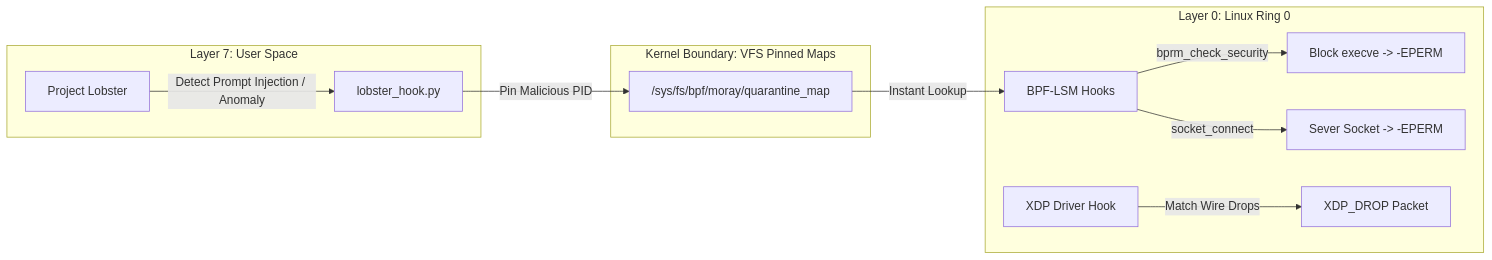
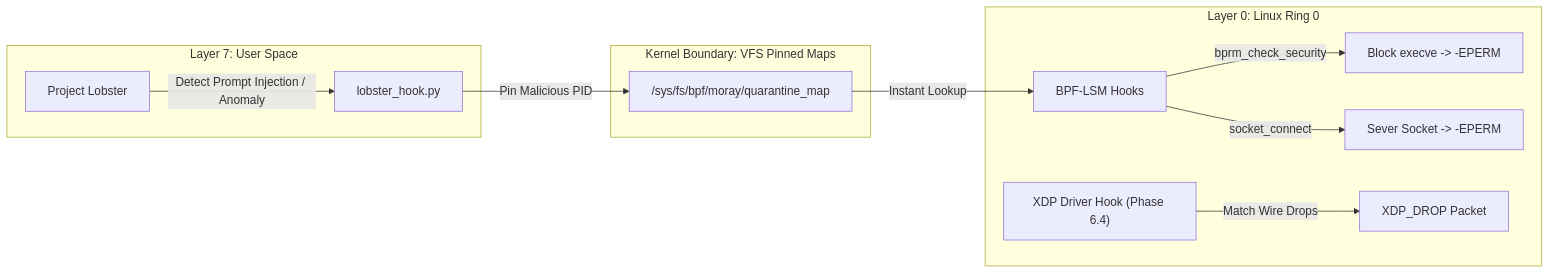
One commit to codebyangelo/project-moray changed the diagram in README.md. Above: the diagram before and after it, drawn with Mermaid. The commit also changed other lines of this file and 3 other files, not shown here.

````diff
--- a/README.md
+++ b/README.md
@@ -17,17 +17,17 @@
 ```mermaid
 graph LR
     subgraph Layer 7: User Space
         L[Project Lobster] -->|Detect Prompt Injection / Anomaly| B[lobster_hook.py]
     end
 
     subgraph Kernel Boundary: VFS Pinned Maps
         B -->|Pin Malicious PID| M["/sys/fs/bpf/moray/quarantine_map"]
     end
 
     subgraph Layer 0: Linux Ring 0
         M -->|Instant Lookup| LSM[BPF-LSM Hooks]
         LSM -->|bprm_check_security| S1[Block execve -> -EPERM]
         LSM -->|socket_connect| S2[Sever Socket -> -EPERM]
-        XDP[XDP Driver Hook] -->|Match Wire Drops| S3[XDP_DROP Packet]
+        XDP["XDP Driver Hook (Phase 6.4)"] -->|Match Wire Drops| S3[XDP_DROP Packet]
     end
 ```
````
